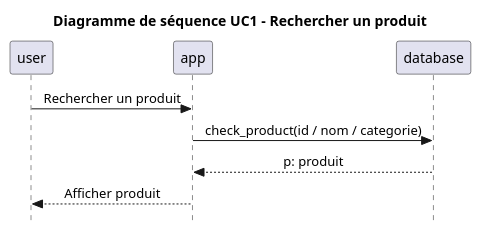
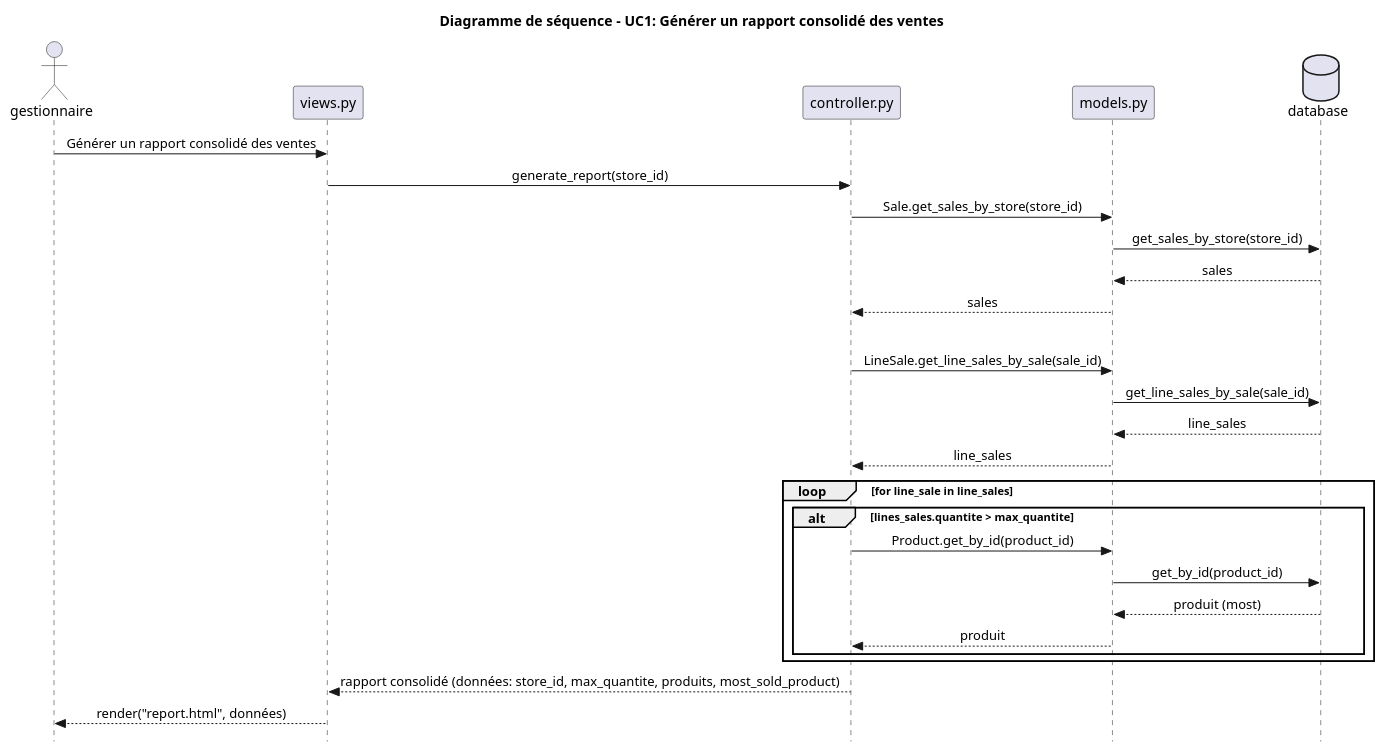
One commit to LojanArunasalam/LOG430-Lab2 changed the diagram in docs/diagrams/sequence_diagram_UC1.puml. Above: the diagram before and after it, drawn with PlantUML. The commit also changed 17 other files, not shown here.

```diff
--- a/docs/diagrams/sequence_diagram_UC1.puml
+++ b/docs/diagrams/sequence_diagram_UC1.puml
@@ -1,19 +1,42 @@
 @startuml
 skinparam style strictuml
 skinparam defaultfontname Verdana
 skinparam sequence {
     MessageAlign center
 }
 
-title Diagramme de séquence UC1 - Rechercher un produit   
+title Diagramme de séquence - UC1: Générer un rapport consolidé des ventes
 
-participant "user" as user
-participant "app" as app
-participant "database" as db 
+actor gestionnaire as user
+participant "views.py" as vue
+participant "controller.py" as controller
+participant "models.py" as model
+database "database" as db
 
-user -> app : Rechercher un produit
-app -> db : check_product(id / nom / categorie)
-db --> app : p: produit
-app --> user: Afficher produit
+user -> vue : Générer un rapport consolidé des ventes
+vue -> controller : generate_report(store_id)
+controller -> model : Sale.get_sales_by_store(store_id)
+model -> db : get_sales_by_store(store_id)
+db --> model : sales
+model --> controller: sales
+loop for sale in sales
+    controller -> model : LineSale.get_line_sales_by_sale(sale_id)
+    model -> db : get_line_sales_by_sale(sale_id)
+    db --> model : line_sales
+    model --> controller: line_sales
+    loop for line_sale in line_sales
+        alt lines_sales.quantite > max_quantite
+            controller -> model : Product.get_by_id(product_id)
+            model -> db : get_by_id(product_id)
+            db --> model : produit (most)
+            model --> controller: produit
+    end loop
+
+end loop
+
+
+
+controller --> vue : rapport consolidé (données: store_id, max_quantite, produits, most_sold_product)
+vue --> user : render("report.html", données)
 
 @enduml
```
